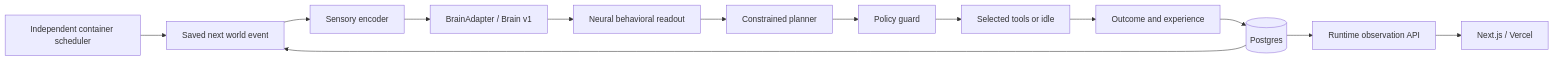
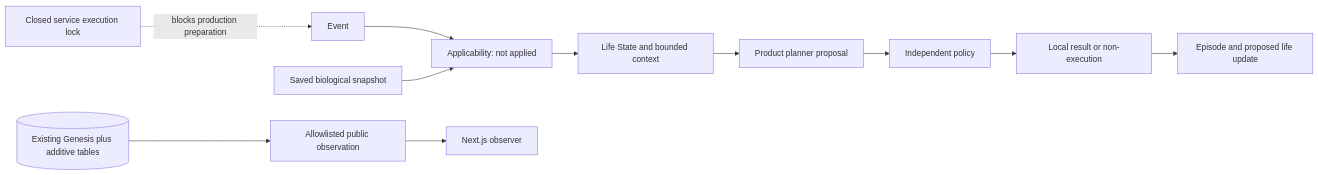
One commit to dexterrbuilds/ProjectGenesis changed the diagram in ARCHITECTURE.md. Above: the diagram before and after it, drawn with Mermaid. The commit also changed other lines of this file and 613 other files, not shown here.

````diff
--- a/ARCHITECTURE.md
+++ b/ARCHITECTURE.md
@@ -7,15 +11,13 @@
 ```mermaid
 flowchart LR
-  World[Saved next world event] --> Encoder[Sensory encoder]
-  Encoder --> Brain[BrainAdapter / Brain v1]
-  Brain --> Drive[Neural behavioral readout]
-  Drive --> Planner[Constrained planner]
-  Planner --> Guard[Policy guard]
-  Guard --> Tools[Selected tools or idle]
-  Tools --> Outcome[Outcome and experience]
-  Outcome --> DB[(Postgres)]
-  DB --> World
-  Scheduler[Independent container scheduler] --> World
-  DB --> API[Runtime observation API]
-  API --> Web[Next.js / Vercel]
+ E[Event] --> B[Applicability: not applied]
+ S[Saved biological snapshot] --> B
+ B --> C[Life State and bounded context]
+ C --> P[Product planner proposal]
+ P --> G[Independent policy]
+ G --> O[Local result or non-execution]
+ O --> M[Episode and proposed life update]
+ L[Closed service execution lock] -. blocks production preparation .-> E
+ DB[(Existing Genesis plus additive tables)] --> R[Allowlisted public observation]
+ R --> W[Next.js observer]
 ```
````
